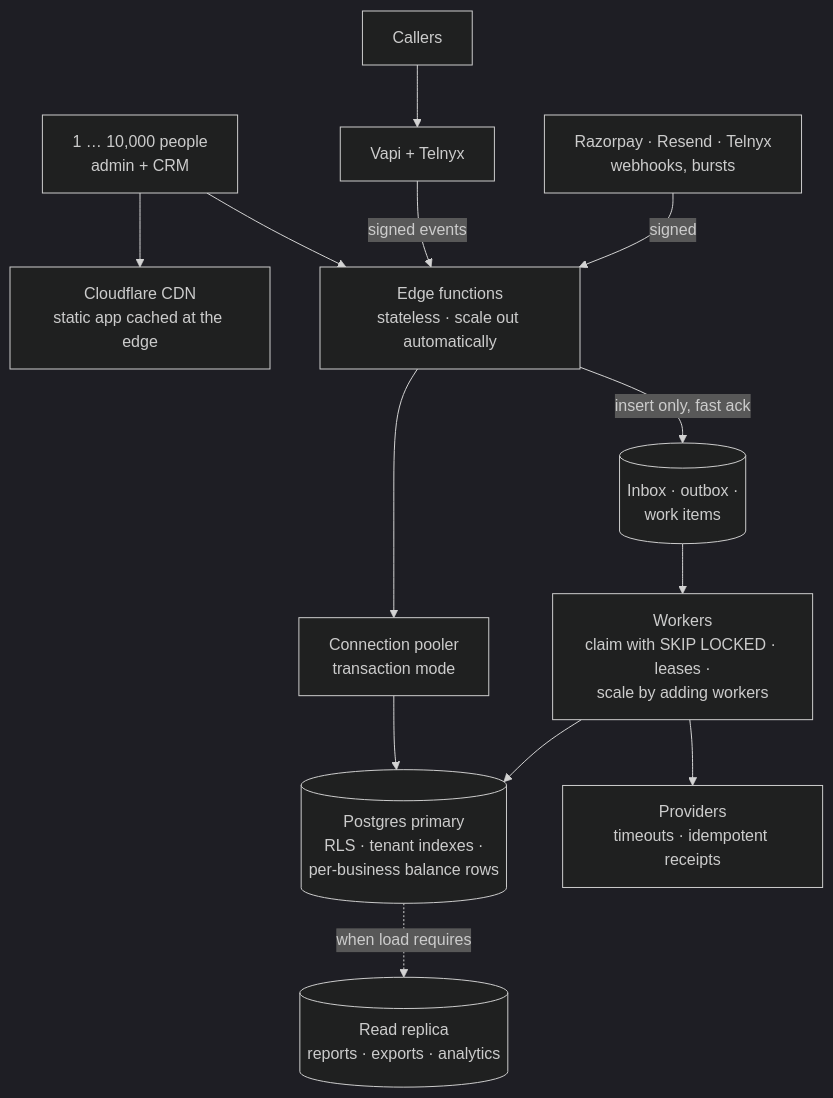
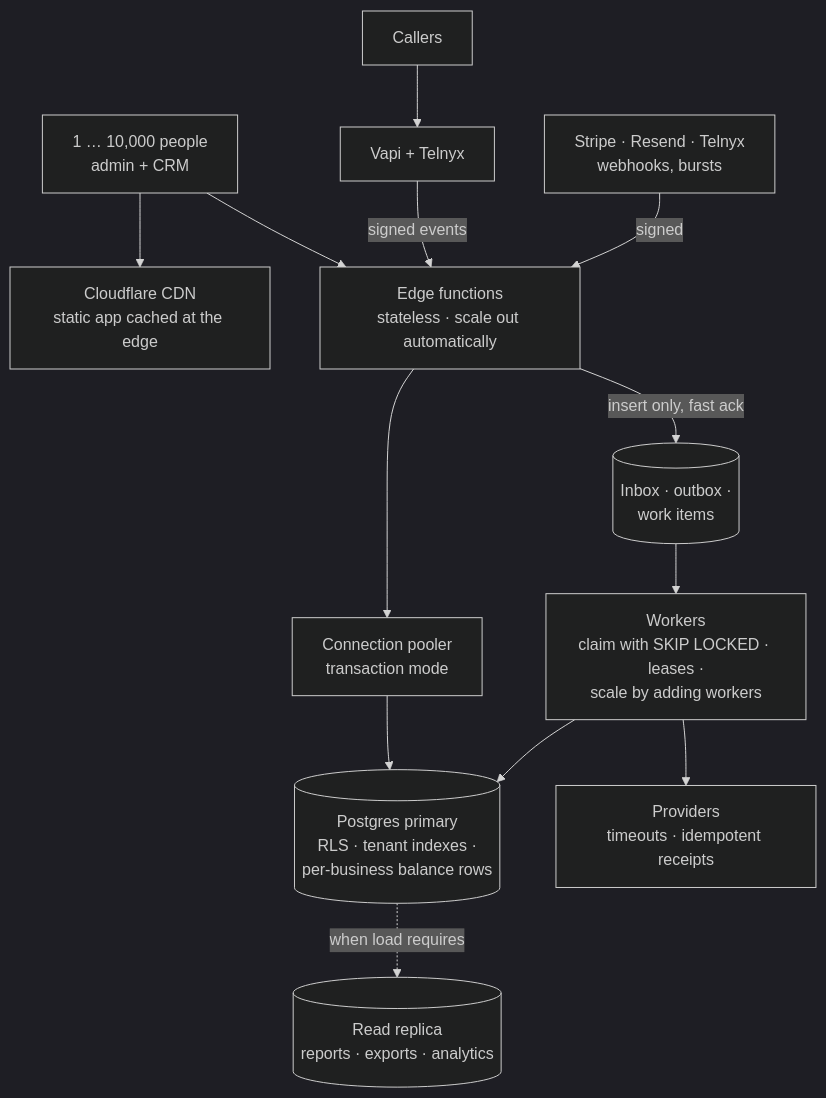
Diagram 22 of 25 in docs/ARCHITECTURE.md (singhdhruv525-source/Zella-AI), drawn with Mermaid (dark theme) before and after one commit. The commit also changed other lines of this file and 3 other files, not shown here.

````diff
--- a/docs/ARCHITECTURE.md
+++ b/docs/ARCHITECTURE.md
@@ -1836,14 +1836,14 @@
 ```mermaid
 flowchart TB
   people[1 … 10,000 people<br/>admin + CRM] --> cdn[Cloudflare CDN<br/>static app cached at the edge]
   people --> edge[Edge functions<br/>stateless · scale out automatically]
   callers[Callers] --> vapi[Vapi + Telnyx] -->|signed events| edge
-  prov[Razorpay · Resend · Telnyx<br/>webhooks, bursts] -->|signed| edge
+  prov[Stripe · Resend · Telnyx<br/>webhooks, bursts] -->|signed| edge
   edge -->|insert only, fast ack| q[(Inbox · outbox ·<br/>work items)]
   edge --> pool[Connection pooler<br/>transaction mode]
   pool --> pg[(Postgres primary<br/>RLS · tenant indexes ·<br/>per-business balance rows)]
   q --> wk[Workers<br/>claim with SKIP LOCKED · leases ·<br/>scale by adding workers]
   wk --> pg
   wk --> ext[Providers<br/>timeouts · idempotent receipts]
   pg -. when load requires .-> rr[(Read replica<br/>reports · exports · analytics)]
 ```
````
